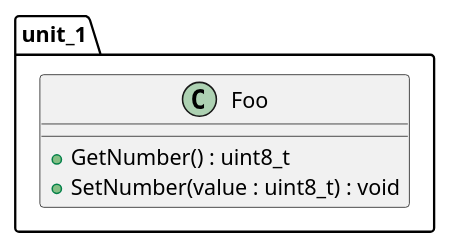
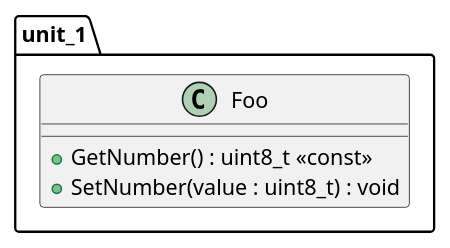
One commit to eclipse-score/tooling changed the diagram in bazel/rules/rules_score/examples/seooc/unit_1/docs/unit_1_class_diagram.puml. Above: the diagram before and after it, drawn with PlantUML. The commit also changed 51 other files, not shown here.

```diff
--- a/bazel/rules/rules_score/examples/seooc/unit_1/docs/unit_1_class_diagram.puml
+++ b/bazel/rules/rules_score/examples/seooc/unit_1/docs/unit_1_class_diagram.puml
@@ -14,11 +14,11 @@
 @startuml unit_1_class_diagram
 
 namespace unit_1 {
     class Foo {
 
-        + GetNumber() : uint8_t
+        + GetNumber() : uint8_t <<const>>
         + SetNumber(value : uint8_t) : void
     }
 }
 
 @enduml
```
